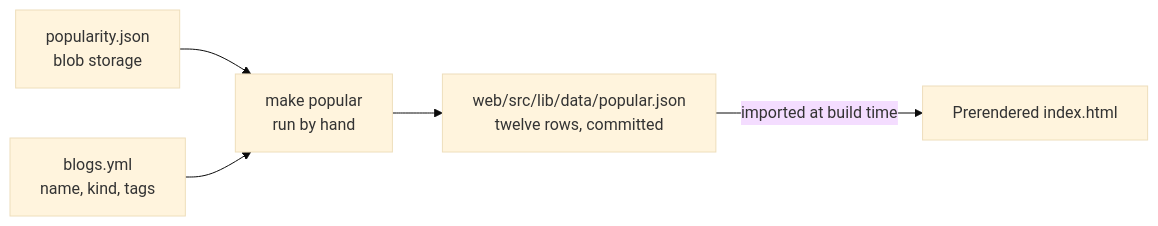
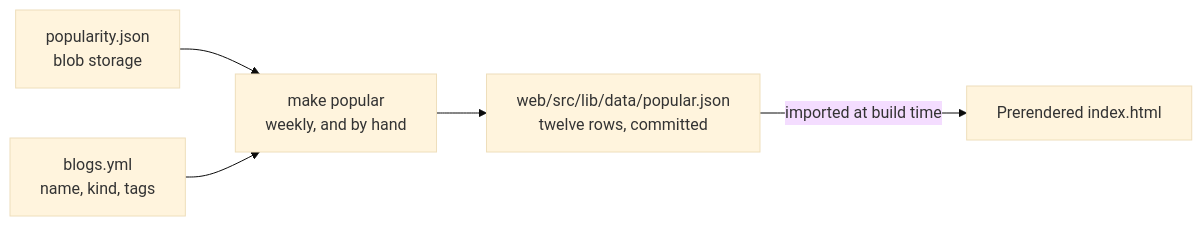
Before and after one commit to GitPaulo/blogme: the first of 2 diagrams in docs/plans/popular-blogs-landing-plan.md, drawn with Mermaid (base theme). The commit also changed other lines of this file and 8 other files, not shown here.

````diff
--- a/docs/plans/popular-blogs-landing-plan.md
+++ b/docs/plans/popular-blogs-landing-plan.md
@@ -83,7 +83,7 @@
 ```mermaid
 flowchart LR
-    P["popularity.json<br/>blob storage"] --> G["make popular<br/>run by hand"]
+    P["popularity.json<br/>blob storage"] --> G["make popular<br/>weekly, and by hand"]
     Y["blogs.yml<br/>name, kind, tags"] --> G
     G --> J["web/src/lib/data/popular.json<br/>twelve rows, committed"]
     J -->|"imported at build time"| B["Prerendered index.html"]
 ```
````
